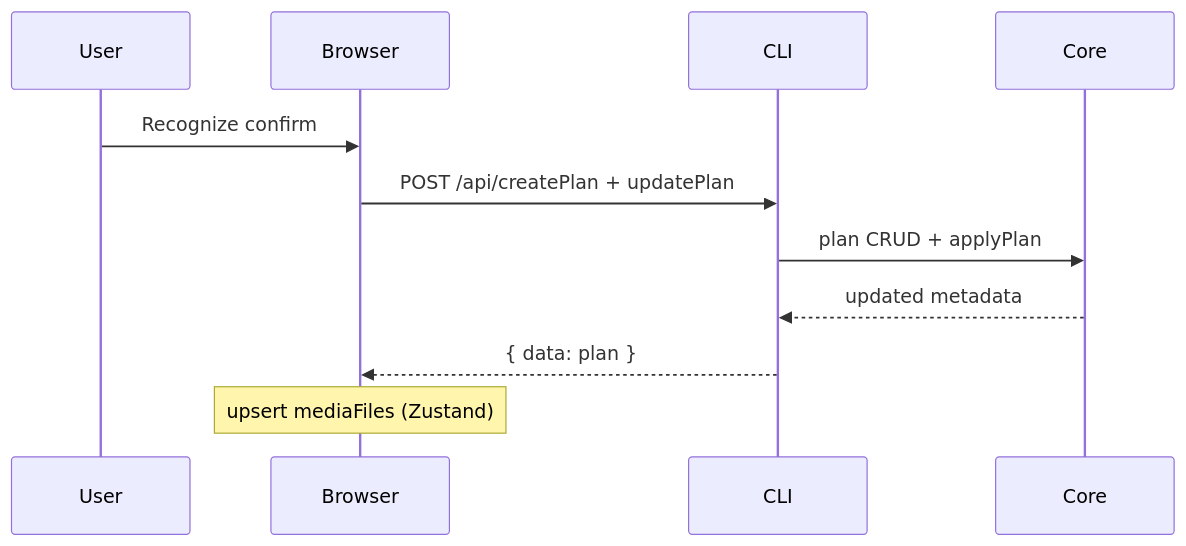
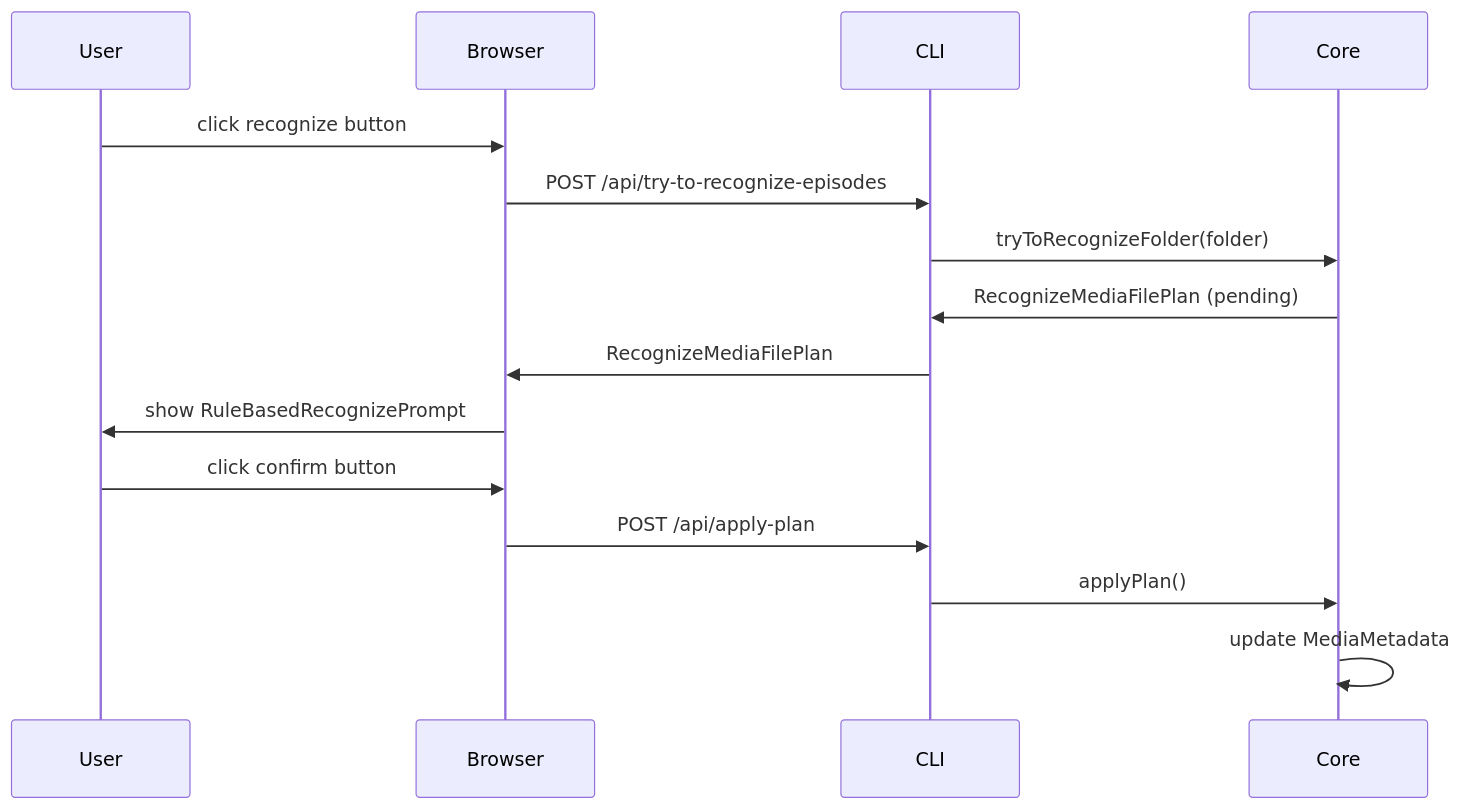
The second of 2 diagrams in docs/dev/recognize.md (lawrenceching/SMM), drawn with Mermaid before and after one commit. The commit also changed other lines of this file and 2 other files, not shown here.

First line of the commit message:
docs: update recognize and rename folder documentation

````diff
--- a/docs/dev/recognize.md
+++ b/docs/dev/recognize.md
@@ -60,14 +29,18 @@
 ```mermaid
 sequenceDiagram
   participant User
   participant Browser
   participant CLI
   participant Core
 
-  User->>Browser: Recognize confirm
-  Browser->>CLI: POST /api/createPlan + updatePlan
-  CLI->>Core: plan CRUD + applyPlan
-  Core-->>CLI: updated metadata
-  CLI-->>Browser: { data: plan }
-  Note over Browser: upsert mediaFiles (Zustand)
+  User->>Browser: click recognize button
+  Browser->>CLI: POST /api/try-to-recognize-episodes
+  CLI->>Core: tryToRecognizeFolder(folder)
+  Core->>CLI: RecognizeMediaFilePlan (pending)
+  CLI->>Browser: RecognizeMediaFilePlan
+  Browser->>User: show RuleBasedRecognizePrompt
+  User->>Browser: click confirm button
+  Browser->>CLI: POST /api/apply-plan
+  CLI->>Core: applyPlan()
+  Core->>Core: update MediaMetadata
 ```
````
